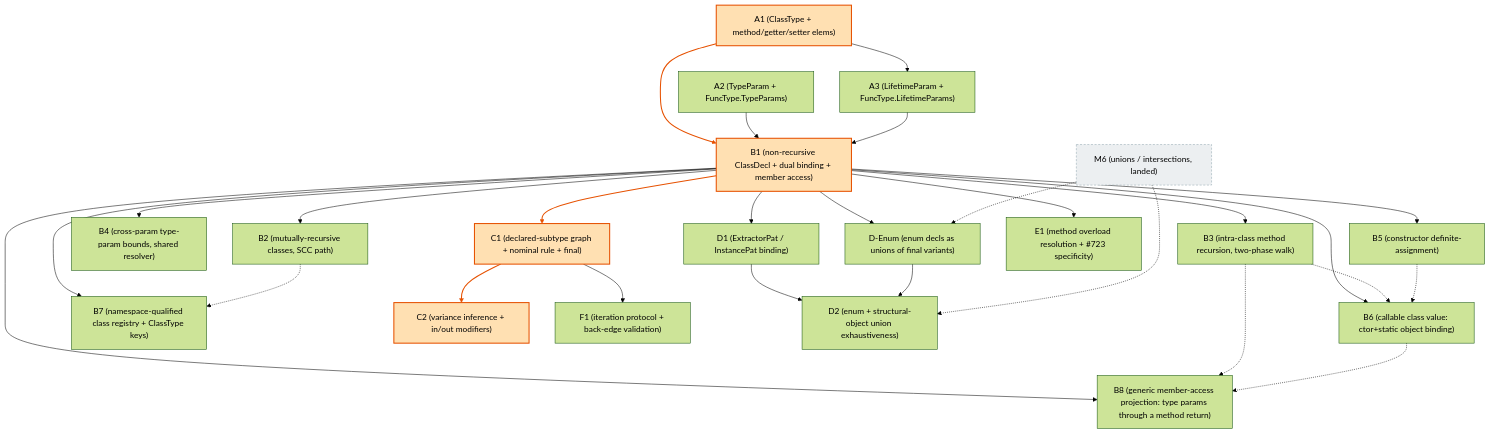
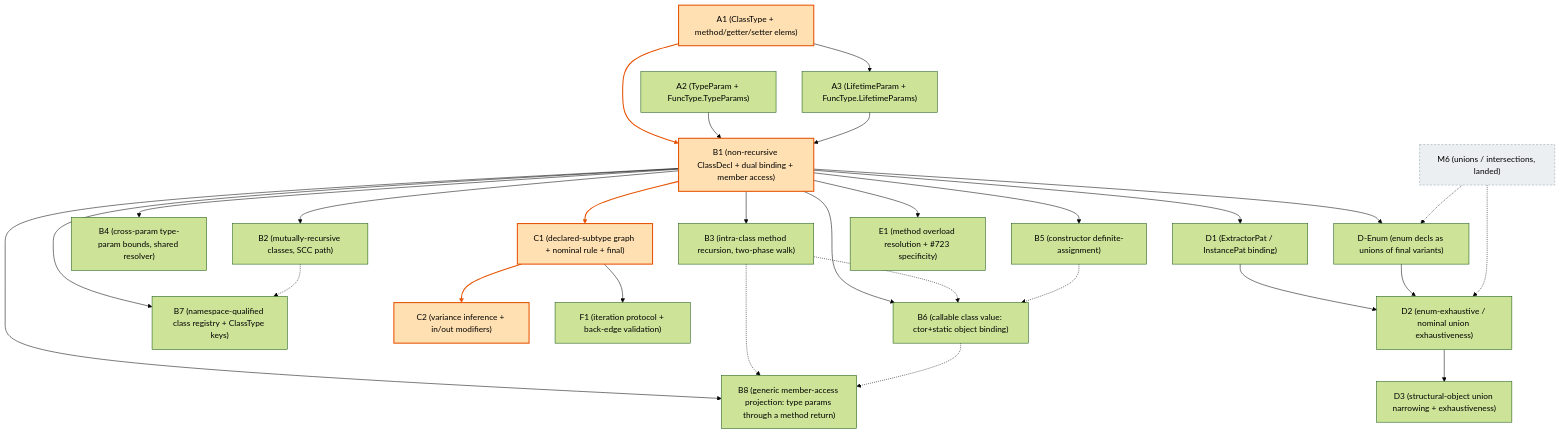
The diagram in planning/simple_sub/m5-implementation-plan.md (escalier-lang/escalier), drawn with Mermaid (forest theme) before and after one commit. The commit also changed other lines of this file, not shown here.

First line of the commit message:
Add D3 to M5 plan for structural-object union narrowing

````diff
--- a/planning/simple_sub/m5-implementation-plan.md
+++ b/planning/simple_sub/m5-implementation-plan.md
@@ -1394,55 +1450,57 @@
 ```mermaid
 graph TD
     A1["A1 (ClassType + method/getter/setter elems)"]
     A2["A2 (TypeParam + FuncType.TypeParams)"]
     A3["A3 (LifetimeParam + FuncType.LifetimeParams)"]
     B1["B1 (non-recursive ClassDecl + dual binding + member access)"]
     B2["B2 (mutually-recursive classes, SCC path)"]
     B3["B3 (intra-class method recursion, two-phase walk)"]
     B4["B4 (cross-param type-param bounds, shared resolver)"]
     B5["B5 (constructor definite-assignment)"]
     B6["B6 (callable class value: ctor+static object binding)"]
     B7["B7 (namespace-qualified class registry + ClassType keys)"]
     B8["B8 (generic member-access projection: type params through a method return)"]
     C1["C1 (declared-subtype graph + nominal rule + final)"]
     C2["C2 (variance inference + in/out modifiers)"]
     F1["F1 (iteration protocol + back-edge validation)"]
     D1["D1 (ExtractorPat / InstancePat binding)"]
     DEnum["D-Enum (enum decls as unions of final variants)"]
-    D2["D2 (enum + structural-object union exhaustiveness)"]
+    D2["D2 (enum-exhaustive / nominal union exhaustiveness)"]
+    D3["D3 (structural-object union narrowing + exhaustiveness)"]
     E1["E1 (method overload resolution + #723 specificity)"]
     M6["M6 (unions / intersections, landed)"]
 
     A1 --> B1
     A1 --> A3
     A2 --> B1
     A3 --> B1
     B1 --> B2
     B1 --> B3
     B1 --> B4
     B1 --> B5
     B1 --> C1
     B1 --> D1
     B1 --> DEnum
     B1 --> E1
     C1 --> C2
     C1 --> F1
     D1 --> D2
     DEnum --> D2
+    D2 --> D3
     M6 -.-> DEnum
     M6 -.-> D2
     B1 --> B6
     B3 -.-> B6
     B5 -.-> B6
     B1 --> B7
     B2 -.-> B7
     B1 --> B8
     B3 -.-> B8
     B6 -.-> B8
 
     classDef crit fill:#ffe0b2,stroke:#e65100,stroke-width:2px,color:#000;
     classDef landed fill:#eceff1,stroke:#90a4ae,stroke-dasharray:4 3,color:#000;
     class A1,B1,C1,C2 crit;
     class M6 landed;
     linkStyle 0,8,12 stroke:#e65100,stroke-width:2px;
 ```
````
